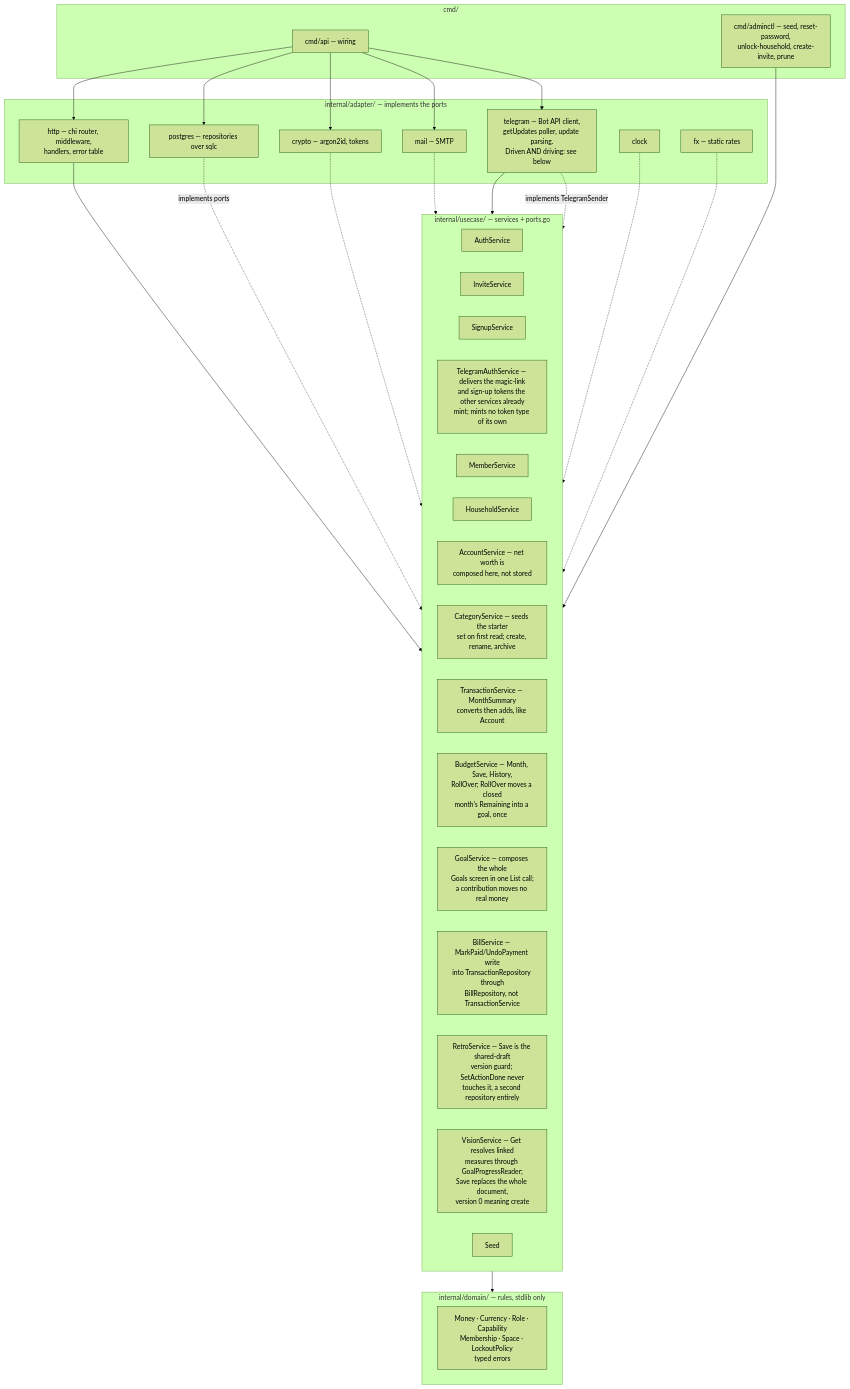
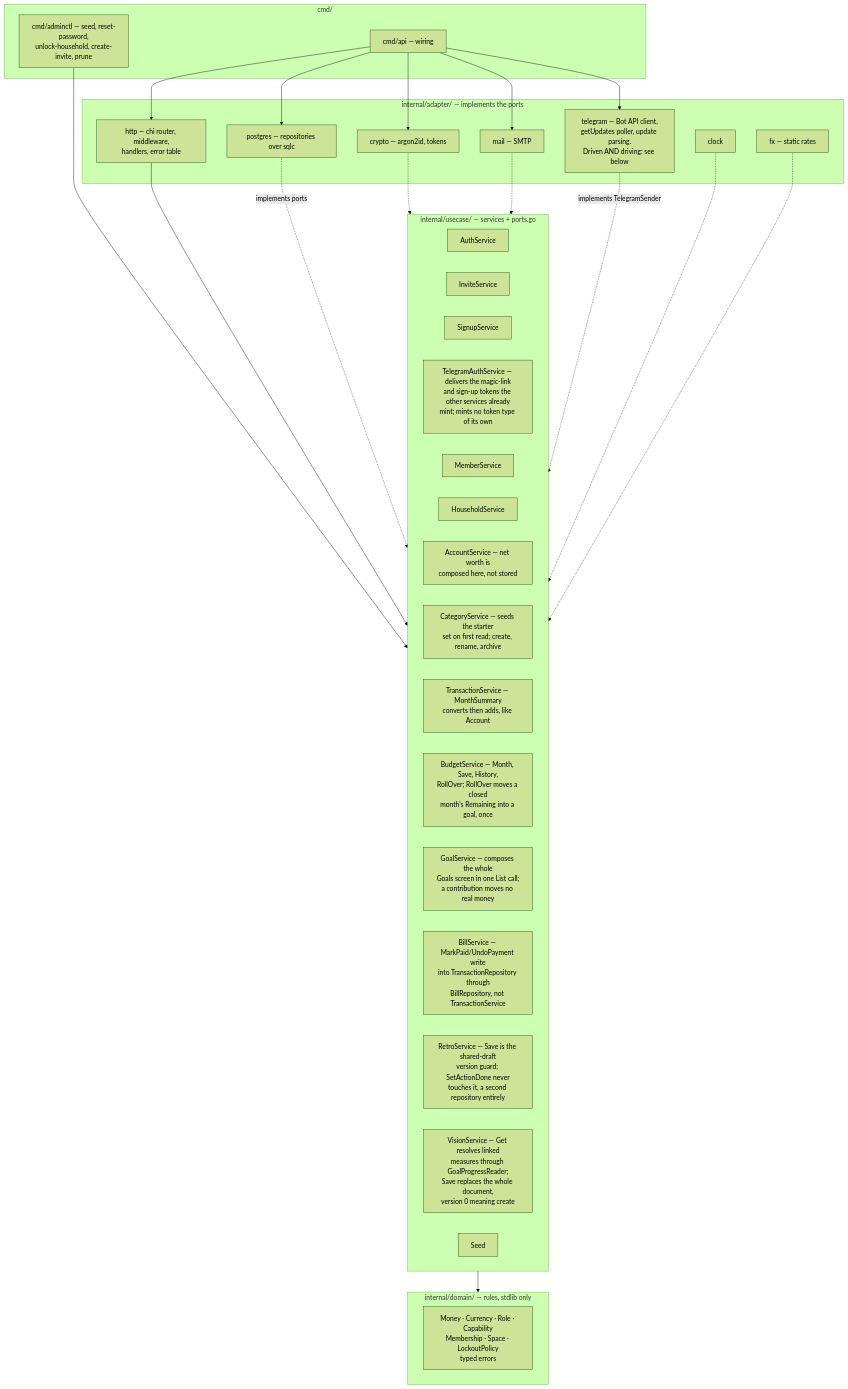
Before and after one commit to oandrz/Household: the third of 18 diagrams in docs/SYSTEM_DESIGN.md, drawn with Mermaid (forest theme). The commit also changed other lines of this file, not shown here.

````diff
--- a/docs/SYSTEM_DESIGN.md
+++ b/docs/SYSTEM_DESIGN.md
@@ -355,55 +355,54 @@
 ```mermaid
 graph TD
     subgraph cmd["cmd/"]
         Main["cmd/api — wiring"]
         Admin["cmd/adminctl — seed, reset-password,<br/>unlock-household, create-invite, prune"]
     end
 
     subgraph adapters["internal/adapter/ — implements the ports"]
         HTTP["http — chi router, middleware,<br/>handlers, error table"]
         PGA["postgres — repositories over sqlc"]
         Crypto["crypto — argon2id, tokens"]
         MailA["mail — SMTP"]
         TelegramA["telegram — Bot API client,<br/>getUpdates poller, update parsing.<br/>Driven AND driving: see below"]
         Clock["clock"]
         FX["fx — static rates"]
     end
 
     subgraph usecase["internal/usecase/ — services + ports.go"]
         Auth["AuthService"]
         Invite["InviteService"]
         Signup["SignupService"]
         TelegramAuth["TelegramAuthService — delivers the magic-link<br/>and sign-up tokens the other services already<br/>mint; mints no token type of its own"]
         Member["MemberService"]
         House["HouseholdService"]
         Account["AccountService — net worth is<br/>composed here, not stored"]
         Category["CategoryService — seeds the starter<br/>set on first read; create, rename, archive"]
         Transaction["TransactionService — MonthSummary<br/>converts then adds, like Account"]
         Budget["BudgetService — Month, Save, History,<br/>RollOver; RollOver moves a closed<br/>month's Remaining into a goal, once"]
         Goal["GoalService — composes the whole<br/>Goals screen in one List call;<br/>a contribution moves no real money"]
         Bill["BillService — MarkPaid/UndoPayment write<br/>into TransactionRepository through<br/>BillRepository, not TransactionService"]
         Retro["RetroService — Save is the shared-draft<br/>version guard; SetActionDone never<br/>touches it, a second repository entirely"]
         Vision["VisionService — Get resolves linked<br/>measures through GoalProgressReader;<br/>Save replaces the whole document,<br/>version 0 meaning create"]
         Seed["Seed"]
     end
 
     subgraph domain["internal/domain/ — rules, stdlib only"]
         Rules["Money · Currency · Role · Capability<br/>Membership · Space · LockoutPolicy<br/>typed errors"]
     end
 
     Main --> HTTP
     Main --> PGA
     Main --> Crypto
     Main --> MailA
     Main --> TelegramA
     Admin --> usecase
     HTTP --> usecase
-    TelegramA --> usecase
     usecase --> domain
     PGA -.->|implements ports| usecase
     Crypto -.-> usecase
     MailA -.-> usecase
     TelegramA -.->|implements TelegramSender| usecase
     Clock -.-> usecase
     FX -.-> usecase
 ```
````
